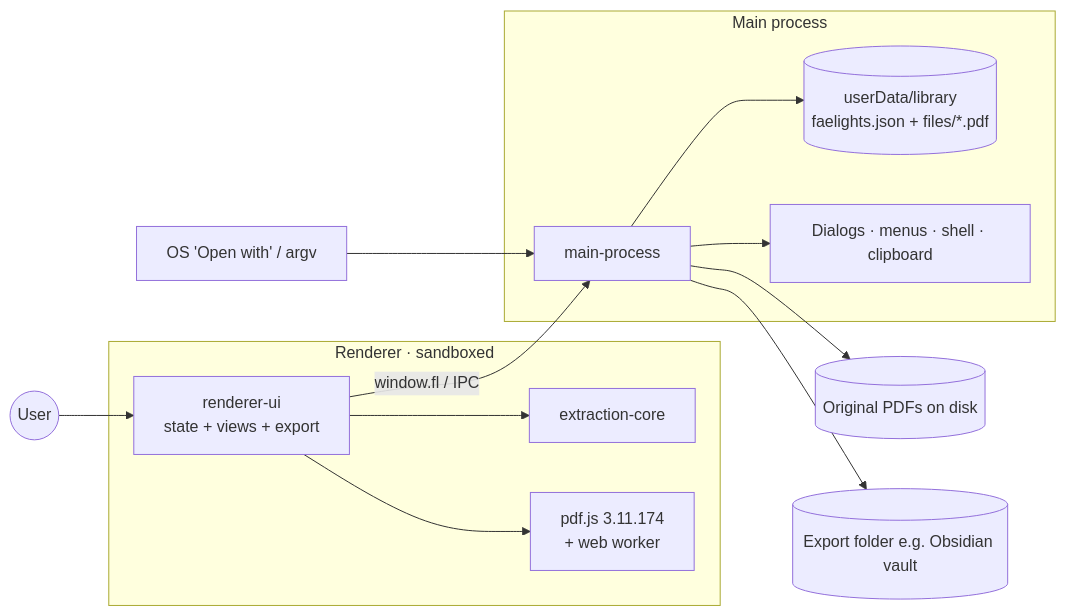
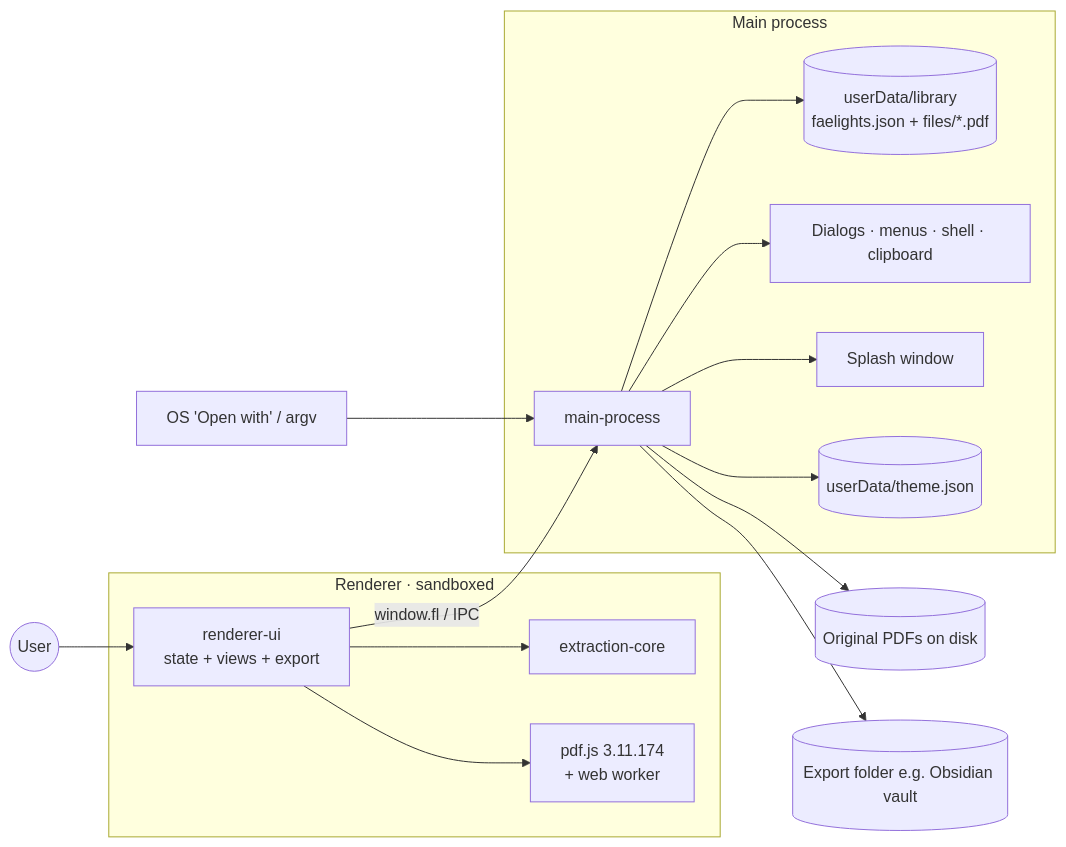
The diagram in docs/PROJECT_COMPASS.md (Lefarious/Faelights), drawn with Mermaid before and after one commit. The commit also changed other lines of this file and 7 other files, not shown here.

````diff
--- a/docs/PROJECT_COMPASS.md
+++ b/docs/PROJECT_COMPASS.md
@@ -23,16 +23,18 @@
 ```mermaid
 flowchart LR
   user((User)) --> UI
   subgraph Renderer [Renderer · sandboxed]
     UI[renderer-ui<br/>state + views + export] --> CORE[extraction-core]
     UI --> PDFJS[pdf.js 3.11.174<br/>+ web worker]
   end
   UI -- window.fl / IPC --> MAIN
   subgraph Main [Main process]
     MAIN[main-process] --> FS[(userData/library<br/>faelights.json + files/*.pdf)]
     MAIN --> OS[Dialogs · menus · shell · clipboard]
+    MAIN --> SPLASH[Splash window]
+    MAIN --> THEME[(userData/theme.json)]
   end
   OSOPEN[OS 'Open with' / argv] --> MAIN
   MAIN --> SRC[(Original PDFs on disk)]
   MAIN --> EXPORT[(Export folder e.g. Obsidian vault)]
 ```
````
